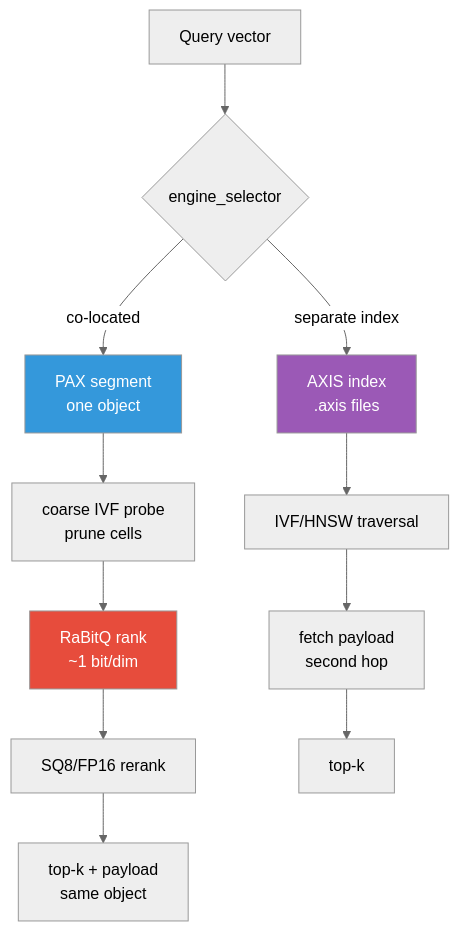
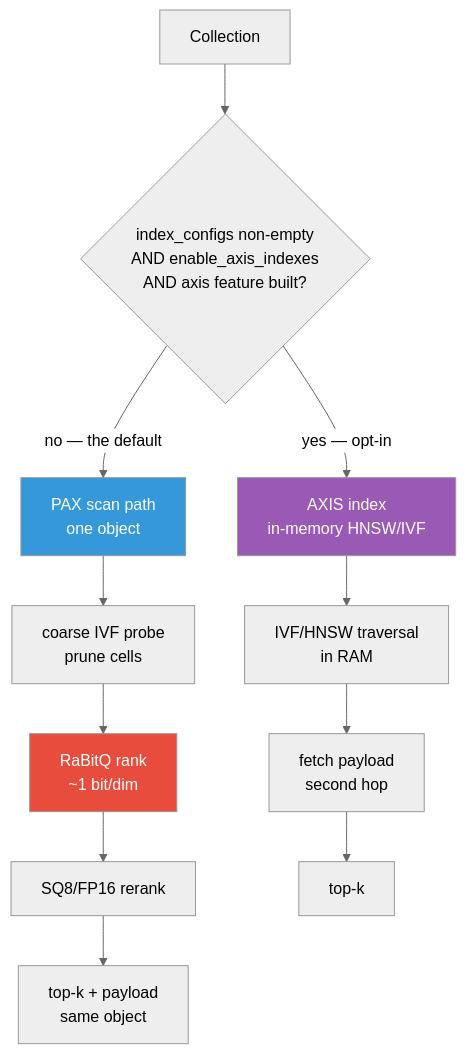
Before and after one commit to anvai-labs/proximaDB: the diagram in docs/02-guides/vector-index-selection-and-benchmarking.md, drawn with Mermaid. The commit also changed other lines of this file and 9 other files, not shown here.

````diff
--- a/docs/02-guides/vector-index-selection-and-benchmarking.md
+++ b/docs/02-guides/vector-index-selection-and-benchmarking.md
@@ -5,17 +5,17 @@
 ```mermaid
 %%{init: {"theme": "neutral"}}%%
 flowchart TB
-  Q[Query vector] --> R{engine_selector}
-  R -->|co-located| P[PAX segment<br/>one object]
-  R -->|separate index| X[AXIS index<br/>.axis files]
+  C[Collection] --> D{"index_configs non-empty<br/>AND enable_axis_indexes<br/>AND axis feature built?"}
+  D -->|no — the default| P[PAX scan path<br/>one object]
+  D -->|yes — opt-in| X["AXIS index<br/>in-memory HNSW/IVF"]
   P --> P1[coarse IVF probe<br/>prune cells]
   P1 --> P2[RaBitQ rank<br/>~1 bit/dim]
   P2 --> P3[SQ8/FP16 rerank]
   P3 --> R1[top-k + payload<br/>same object]
-  X --> X1[IVF/HNSW traversal]
+  X --> X1[IVF/HNSW traversal<br/>in RAM]
   X1 --> X2[fetch payload<br/>second hop]
   X2 --> R2[top-k]
   style P fill:#3498db,color:#fff
   style X fill:#9b59b6,color:#fff
   style P2 fill:#e74c3c,color:#fff
 ```
````
